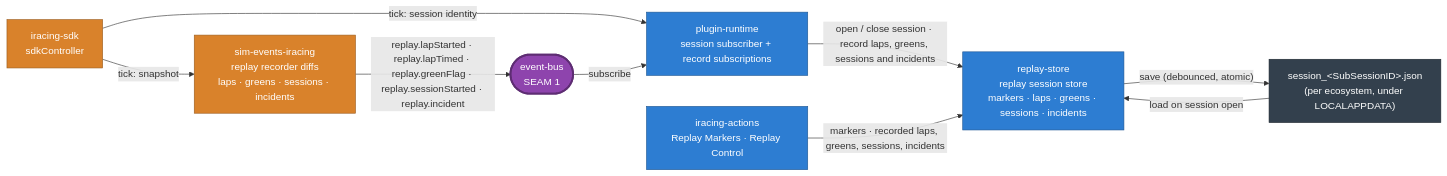
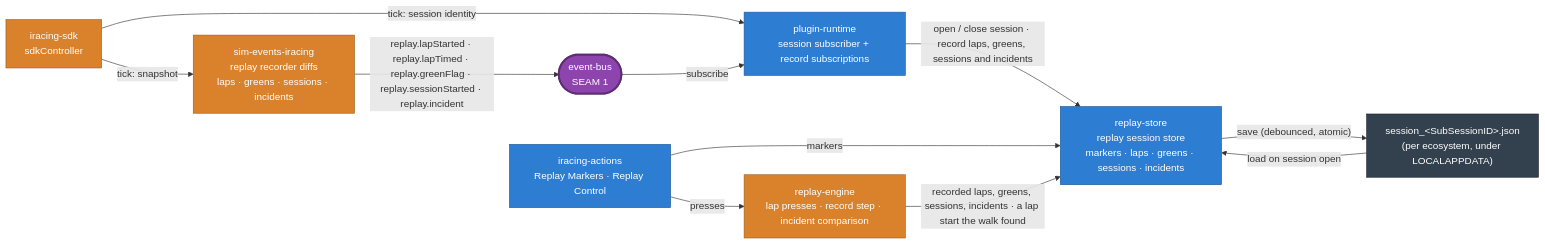
The fifth of 8 diagrams in packages/website/src/content/docs/docs/development/architecture.md (niklam/iracedeck), drawn with Mermaid before and after one commit. The commit also changed other lines of this file and 10 other files, not shown here.

First line of the commit message:
docs: describe the replay engine package (#1467)

````diff
--- a/packages/website/src/content/docs/docs/development/architecture.md
+++ b/packages/website/src/content/docs/docs/development/architecture.md
@@ -209,24 +209,27 @@
 ```mermaid
 flowchart LR
   sdk["iracing-sdk<br/>sdkController"]:::sim
   trans["sim-events-iracing<br/>replay recorder diffs<br/>laps · greens · sessions · incidents"]:::sim
   bus(["event-bus<br/>SEAM 1"]):::seam
   plugin["plugin-runtime<br/>session subscriber + record subscriptions"]:::core
   store["replay-store<br/>replay session store<br/>markers · laps · greens · sessions · incidents"]:::core
   file["session_&lt;SubSessionID&gt;.json<br/>(per ecosystem, under LOCALAPPDATA)"]:::ext
   actions["iracing-actions<br/>Replay Markers · Replay Control"]:::core
+  engine["replay-engine<br/>lap presses · record step · incident comparison"]:::sim
 
   sdk -->|"tick: session identity"| plugin
   sdk -->|"tick: snapshot"| trans
   trans -->|"replay.lapStarted · replay.lapTimed · replay.greenFlag · replay.sessionStarted · replay.incident"| bus
   bus -->|"subscribe"| plugin
   plugin -->|"open / close session · record laps, greens, sessions and incidents"| store
   store -->|"save (debounced, atomic)"| file
   file -->|"load on session open"| store
-  actions -->|"markers · recorded laps, greens, sessions, incidents"| store
+  actions -->|"markers"| store
+  actions -->|"presses"| engine
+  engine -->|"recorded laps, greens, sessions, incidents · a lap start the walk found"| store
 
   classDef ext fill:#33404d,color:#fff,stroke:#1d262e;
   classDef sim fill:#d9822b,color:#fff,stroke:#9c5e1f;
   classDef seam fill:#8e44ad,color:#fff,stroke:#5e2d73,stroke-width:3px;
   classDef core fill:#2d7dd2,color:#fff,stroke:#1f5793;
 ```
````
